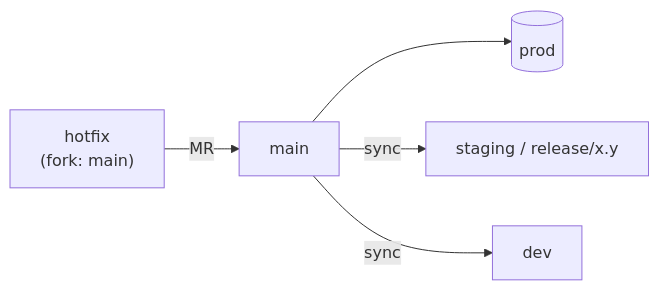
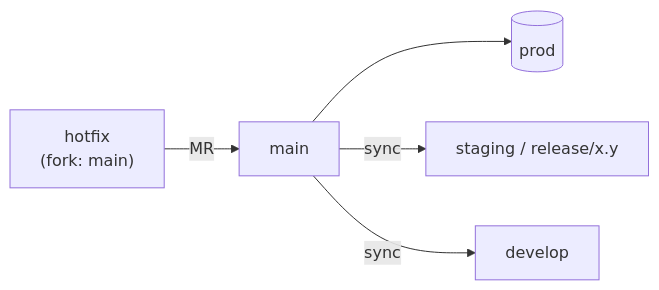
One commit to rosinfotech/standards changed the diagram in standards/git-flow-standard/rule-2610082120.md. Above: the diagram before and after it, drawn with Mermaid. The commit also changed other lines of this file and 48 other files, not shown here.

Commit message:
0.6.0: Changed: The Git Flow Standard renamed to self-describing variant names

````diff
--- a/standards/git-flow-standard/rule-2610082120.md
+++ b/standards/git-flow-standard/rule-2610082120.md
@@ -41,7 +41,7 @@
   ```mermaid
   flowchart LR
       H["hotfix<br>(fork: main)"] -->|"MR"| M["main"]
       M --> PE[("prod")]
       M -->|"sync"| Q["staging / release/x.y"]
-      M -->|"sync"| D["dev"]
+      M -->|"sync"| D["develop"]
   ```
````
